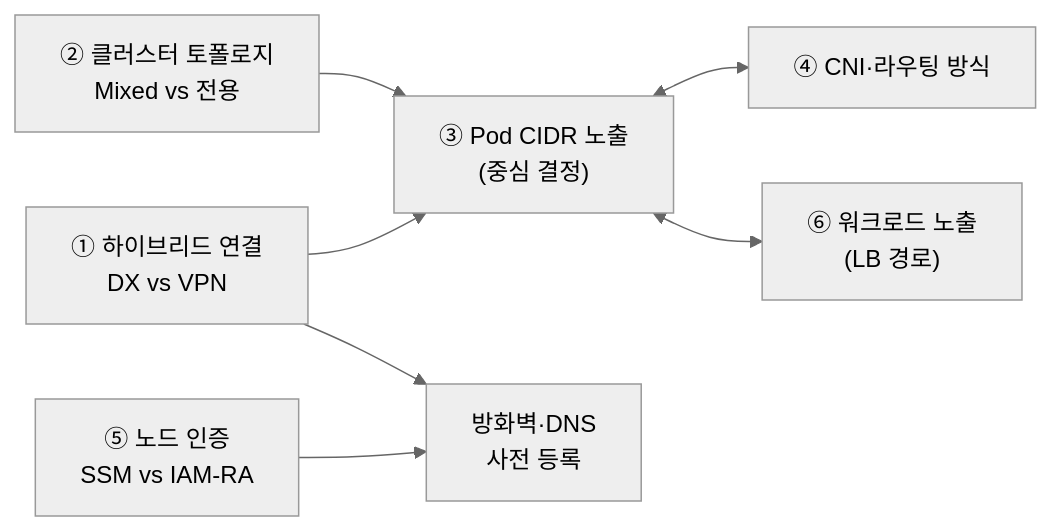
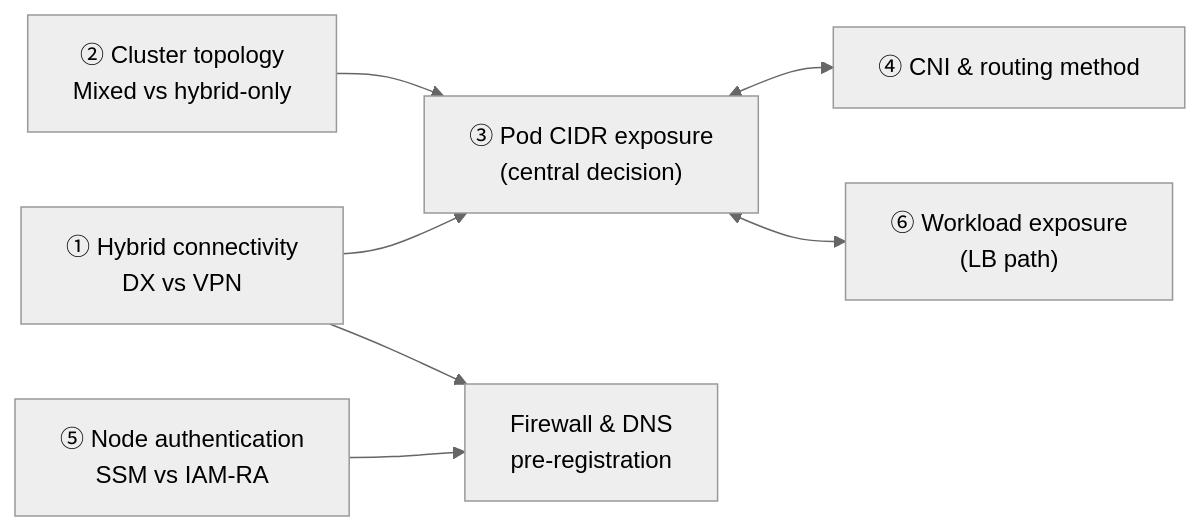
The first of 2 diagrams in docs/eks-hybrid-nodes/overview-architecture/architecture-decision-guide.md (devfloor9/engineering-playbook), drawn with Mermaid (neutral theme) before and after one commit. The commit also changed other lines of this file and 954 other files, not shown here.

````diff
--- a/docs/eks-hybrid-nodes/overview-architecture/architecture-decision-guide.md
+++ b/docs/eks-hybrid-nodes/overview-architecture/architecture-decision-guide.md
@@ -44,9 +44,9 @@
 ```mermaid
 flowchart LR
-    D1["① 하이브리드 연결<br/>DX vs VPN"] --> D3["③ Pod CIDR 노출<br/>(중심 결정)"]
-    D2["② 클러스터 토폴로지<br/>Mixed vs 전용"] --> D3
-    D3 <--> D4["④ CNI·라우팅 방식"]
-    D3 <--> D6["⑥ 워크로드 노출<br/>(LB 경로)"]
-    D5["⑤ 노드 인증<br/>SSM vs IAM-RA"] --> FW["방화벽·DNS<br/>사전 등록"]
+    D1["① Hybrid connectivity<br/>DX vs VPN"] --> D3["③ Pod CIDR exposure<br/>(central decision)"]
+    D2["② Cluster topology<br/>Mixed vs hybrid-only"] --> D3
+    D3 <--> D4["④ CNI & routing method"]
+    D3 <--> D6["⑥ Workload exposure<br/>(LB path)"]
+    D5["⑤ Node authentication<br/>SSM vs IAM-RA"] --> FW["Firewall & DNS<br/>pre-registration"]
     D1 --> FW
 ```
````
